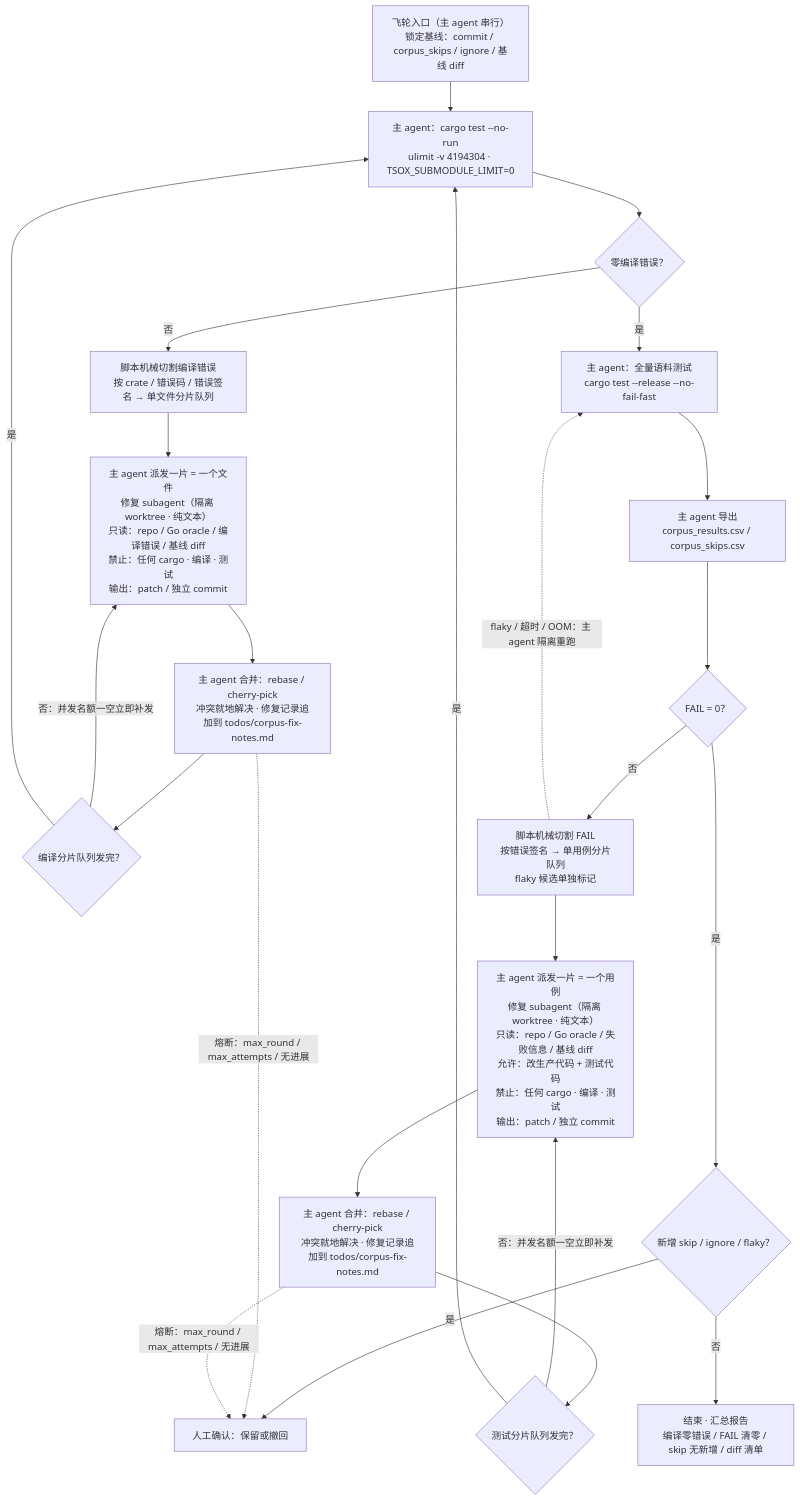
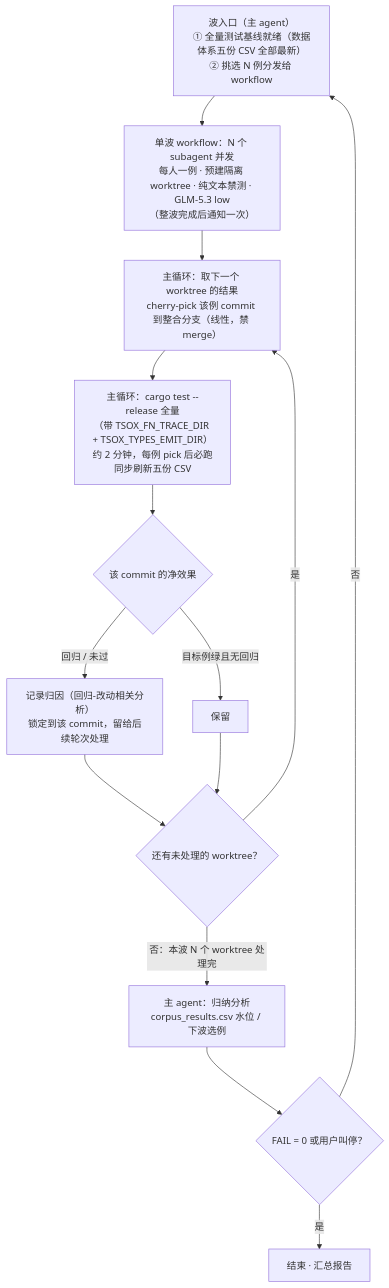
Before and after one commit to idealjs/typescript-rust: the diagram in AGENTS.md, drawn with Mermaid. The commit also changed other lines of this file, not shown here.

Commit message:
docs: AGENTS.md 数据体系条目化（五份 CSV 同级，.types 锚点与 trace 并列）+ 波入口简化

````diff
--- a/AGENTS.md
+++ b/AGENTS.md
@@ -13,27 +17,17 @@
 ```mermaid
 flowchart TD
-    START["飞轮入口（主 agent 串行）<br/>锁定基线：commit / corpus_skips / ignore / 基线 diff"]
-    START --> NR["主 agent：cargo test --no-run<br/>ulimit -v 4194304 · TSOX_SUBMODULE_LIMIT=0"]
-    NR --> NRQ{"零编译错误？"}
-    NRQ -->|否| CUT_C["脚本机械切割编译错误<br/>按 crate / 错误码 / 错误签名 → 单文件分片队列"]
-    CUT_C --> DISP_C["主 agent 派发一片 = 一个文件<br/>修复 subagent（隔离 worktree · 纯文本）<br/>只读：repo / Go oracle / 编译错误 / 基线 diff<br/>禁止：任何 cargo · 编译 · 测试<br/>输出：patch / 独立 commit"]
-    DISP_C --> MERGE_C["主 agent 合并：rebase / cherry-pick<br/>冲突就地解决 · 修复记录追加到 todos/corpus-fix-notes.md"]
-    MERGE_C --> WAIT_C{"编译分片队列发完？"}
-    WAIT_C -->|否：并发名额一空立即补发| DISP_C
-    WAIT_C -->|是| NR
-    NRQ -->|是| RUN["主 agent：全量语料测试<br/>cargo test --release --no-fail-fast"]
-    RUN --> EXP["主 agent 导出<br/>corpus_results.csv / corpus_skips.csv"]
-    EXP --> TQ{"FAIL = 0？"}
-    TQ -->|否| CUT_T["脚本机械切割 FAIL<br/>按错误签名 → 单用例分片队列<br/>flaky 候选单独标记"]
-    CUT_T --> DISP_T["主 agent 派发一片 = 一个用例<br/>修复 subagent（隔离 worktree · 纯文本）<br/>只读：repo / Go oracle / 失败信息 / 基线 diff<br/>允许：改生产代码 + 测试代码<br/>禁止：任何 cargo · 编译 · 测试<br/>输出：patch / 独立 commit"]
-    DISP_T --> MERGE_T["主 agent 合并：rebase / cherry-pick<br/>冲突就地解决 · 修复记录追加到 todos/corpus-fix-notes.md"]
-    MERGE_T --> WAIT_T{"测试分片队列发完？"}
-    WAIT_T -->|否：并发名额一空立即补发| DISP_T
-    WAIT_T -->|是| NR
-    TQ -->|是| CHK{"新增 skip / ignore / flaky？"}
-    CHK -->|否| END["结束 · 汇总报告<br/>编译零错误 / FAIL 清零 / skip 无新增 / diff 清单"]
-    CHK -->|是| HUMAN["人工确认：保留或撤回"]
-    CUT_T -.->|"flaky / 超时 / OOM：主 agent 隔离重跑"| RUN
-    MERGE_C -.->|"熔断：max_round / max_attempts / 无进展"| HUMAN
-    MERGE_T -.->|"熔断：max_round / max_attempts / 无进展"| HUMAN
+    START["波入口（主 agent）<br/>① 全量测试基线就绪（数据体系五份 CSV 全部最新）<br/>② 挑选 N 例分发给 workflow"]
+    START --> WF["单波 workflow：N 个 subagent 并发<br/>每人一例 · 预建隔离 worktree · 纯文本禁测 · GLM-5.3 low<br/>（整波完成后通知一次）"]
+    WF --> PICK["主循环：取下一个 worktree 的结果<br/>cherry-pick 该例 commit 到整合分支（线性，禁 merge）"]
+    PICK --> FULL["主循环：cargo test --release 全量<br/>（带 TSOX_FN_TRACE_DIR + TSOX_TYPES_EMIT_DIR）<br/>约 2 分钟，每例 pick 后必跑<br/>同步刷新五份 CSV"]
+    FULL --> VERDICT{"该 commit 的净效果"}
+    VERDICT -->|"目标例绿且无回归"| NEXT["保留"]
+    VERDICT -->|"回归 / 未过"| HANDLE["记录归因（回归-改动相关分析）<br/>锁定到该 commit，留给后续轮次处理"]
+    HANDLE --> MORE{"还有未处理的 worktree？"}
+    NEXT --> MORE
+    MORE -->|是| PICK
+    MORE -->|"否：本波 N 个 worktree 处理完"| ANALYSIS["主 agent：归纳分析<br/>corpus_results.csv 水位 / 下波选例"]
+    ANALYSIS --> DECIDE{"FAIL = 0 或用户叫停？"}
+    DECIDE -->|否| START
+    DECIDE -->|是| END["结束 · 汇总报告"]
 ```
````
